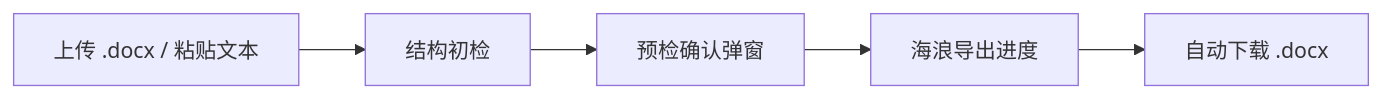
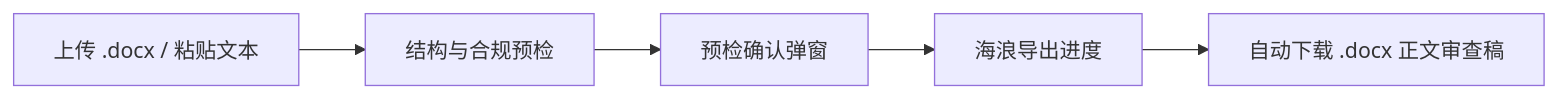
Before and after one commit to Jia-Ethan/forma: the diagram in README.md, drawn with Mermaid. The commit also changed other lines of this file and 33 other files, not shown here.

````diff
--- a/README.md
+++ b/README.md
@@ -17,7 +20,7 @@
 ```mermaid
 flowchart LR
-  A["上传 .docx / 粘贴文本"] --> B["结构初检"]
+  A["上传 .docx / 粘贴文本"] --> B["结构与合规预检"]
   B --> C["预检确认弹窗"]
   C --> D["海浪导出进度"]
-  D --> E["自动下载 .docx"]
+  D --> E["自动下载 .docx 正文审查稿"]
 ```
````
